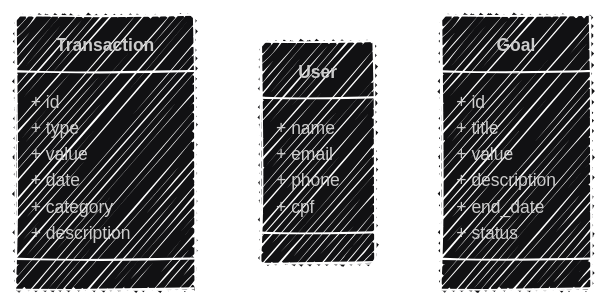
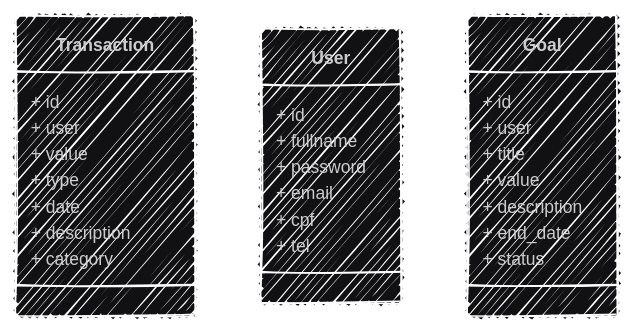
One commit to anthony-gg1/controle-gastos changed the diagram in documentation/diagrams/classes/classes.mmd. Above: the diagram before and after it, drawn with Mermaid.

Commit message:
chore: atualiza o diagrama de classes para a versão atual do sistema

```diff
--- a/documentation/diagrams/classes/classes.mmd
+++ b/documentation/diagrams/classes/classes.mmd
@@ -1,28 +1,32 @@
 ---
 config:
   look: handDrawn
   theme: redux-dark
 ---
 classDiagram
     class Transaction {
         + id
+        + user
+        + value
         + type
-        + value
         + date
+        + description
         + category
-        + description
     }
     class User {
-        + name
+        + id
+        + fullname
+        + password
         + email
-        + phone
         + cpf
+        + tel
     }
     class Goal {
         + id
+        + user
         + title
         + value
         + description
         + end_date
         + status
     }
```
